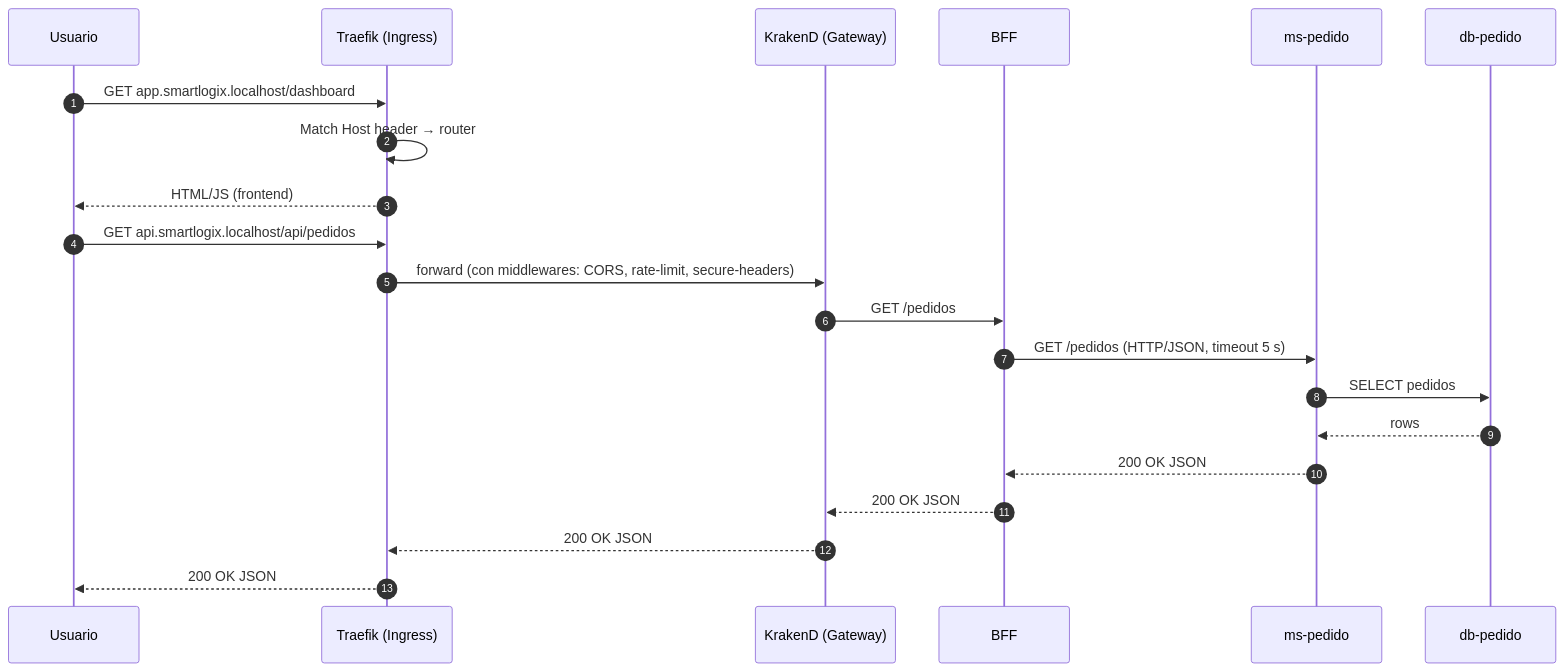
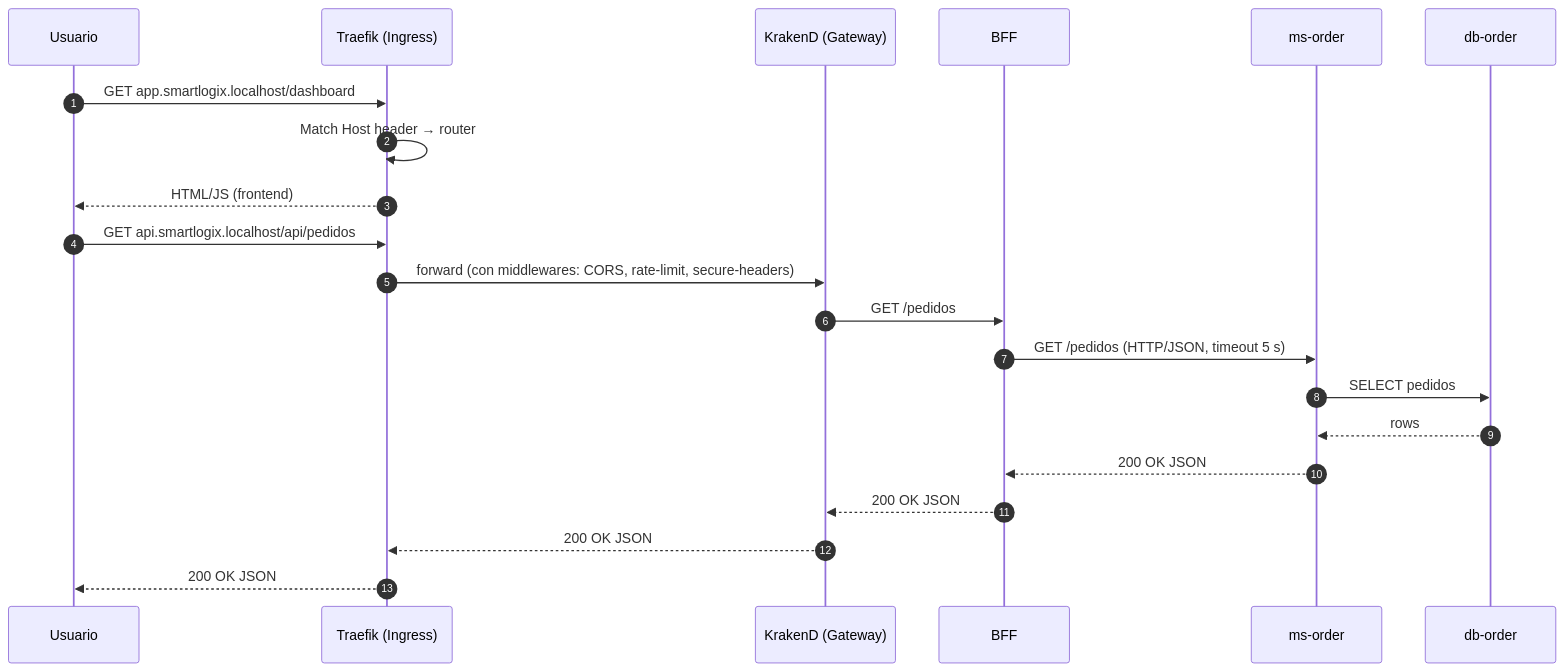
The third of 9 diagrams in README.md (smartLogixfs/smartlogixs), drawn with Mermaid before and after one commit. The commit also changed other lines of this file and 160 other files, not shown here.

````diff
--- a/README.md
+++ b/README.md
@@ -128,25 +130,25 @@
 ```mermaid
 sequenceDiagram
     autonumber
     participant U as Usuario
     participant T as Traefik (Ingress)
     participant K as KrakenD (Gateway)
     participant B as BFF
-    participant M as ms-pedido
-    participant D as db-pedido
+    participant M as ms-order
+    participant D as db-order
 
     U->>T: GET app.smartlogix.localhost/dashboard
     T->>T: Match Host header → router
     T-->>U: HTML/JS (frontend)
 
     U->>T: GET api.smartlogix.localhost/api/pedidos
     T->>K: forward (con middlewares: CORS, rate-limit, secure-headers)
     K->>B: GET /pedidos
     B->>M: GET /pedidos (HTTP/JSON, timeout 5 s)
     M->>D: SELECT pedidos
     D-->>M: rows
     M-->>B: 200 OK JSON
     B-->>K: 200 OK JSON
     K-->>T: 200 OK JSON
     T-->>U: 200 OK JSON
 ```
````
